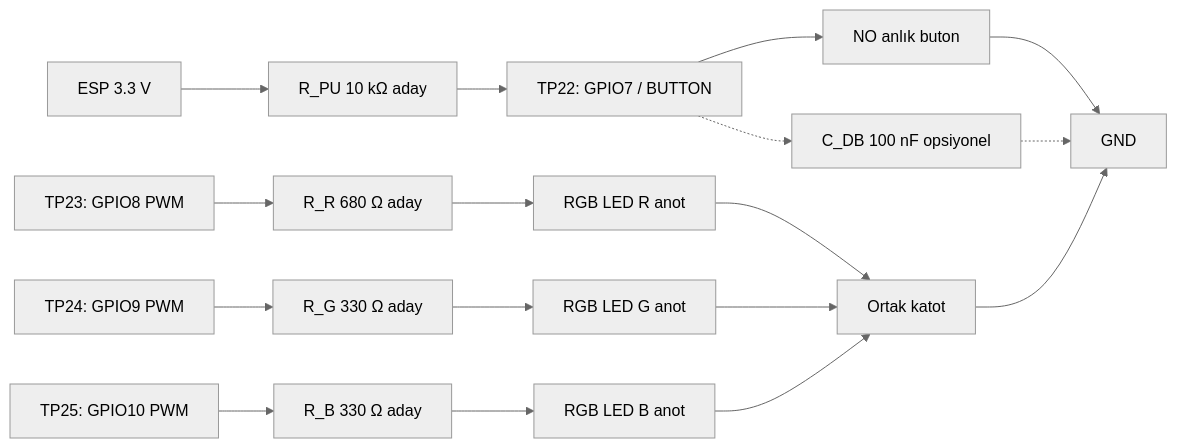
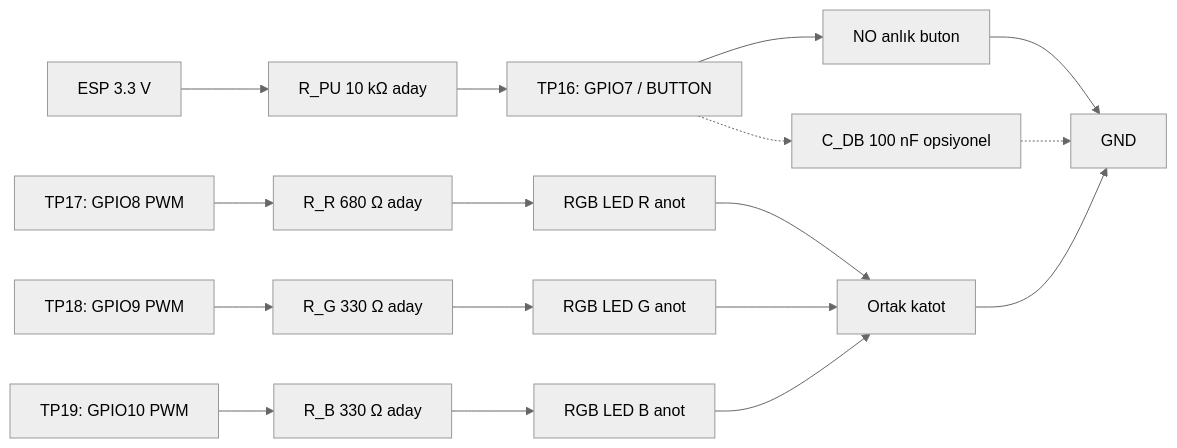
Before and after one commit to ktahatastan/esp32-airplay-speakers: the fourth of 7 diagrams in docs/02-hardware/circuit-and-wiring-plan.md, drawn with Mermaid (neutral theme). The commit also changed other lines of this file and 226 other files, not shown here.

````diff
--- a/docs/02-hardware/circuit-and-wiring-plan.md
+++ b/docs/02-hardware/circuit-and-wiring-plan.md
@@ -298,20 +231,20 @@
 ```mermaid
 flowchart LR
     V33[ESP 3.3 V] --> RPU[R_PU 10 kΩ aday]
-    RPU --> BTN_NODE[TP22: GPIO7 / BUTTON]
+    RPU --> BTN_NODE[TP16: GPIO7 / BUTTON]
     BTN_NODE --> SWBTN[NO anlık buton]
     SWBTN --> GND[GND]
     BTN_NODE -.-> CDB[C_DB 100 nF opsiyonel]
     CDB -.-> GND
 
-    GR[TP23: GPIO8 PWM] --> RR[R_R 680 Ω aday]
+    GR[TP17: GPIO8 PWM] --> RR[R_R 680 Ω aday]
     RR --> LR[RGB LED R anot]
-    GG[TP24: GPIO9 PWM] --> RG[R_G 330 Ω aday]
+    GG[TP18: GPIO9 PWM] --> RG[R_G 330 Ω aday]
     RG --> LG[RGB LED G anot]
-    GB[TP25: GPIO10 PWM] --> RB[R_B 330 Ω aday]
+    GB[TP19: GPIO10 PWM] --> RB[R_B 330 Ω aday]
     RB --> LB[RGB LED B anot]
     LR --> CC[Ortak katot]
     LG --> CC
     LB --> CC
     CC --> GND
 ```
````
